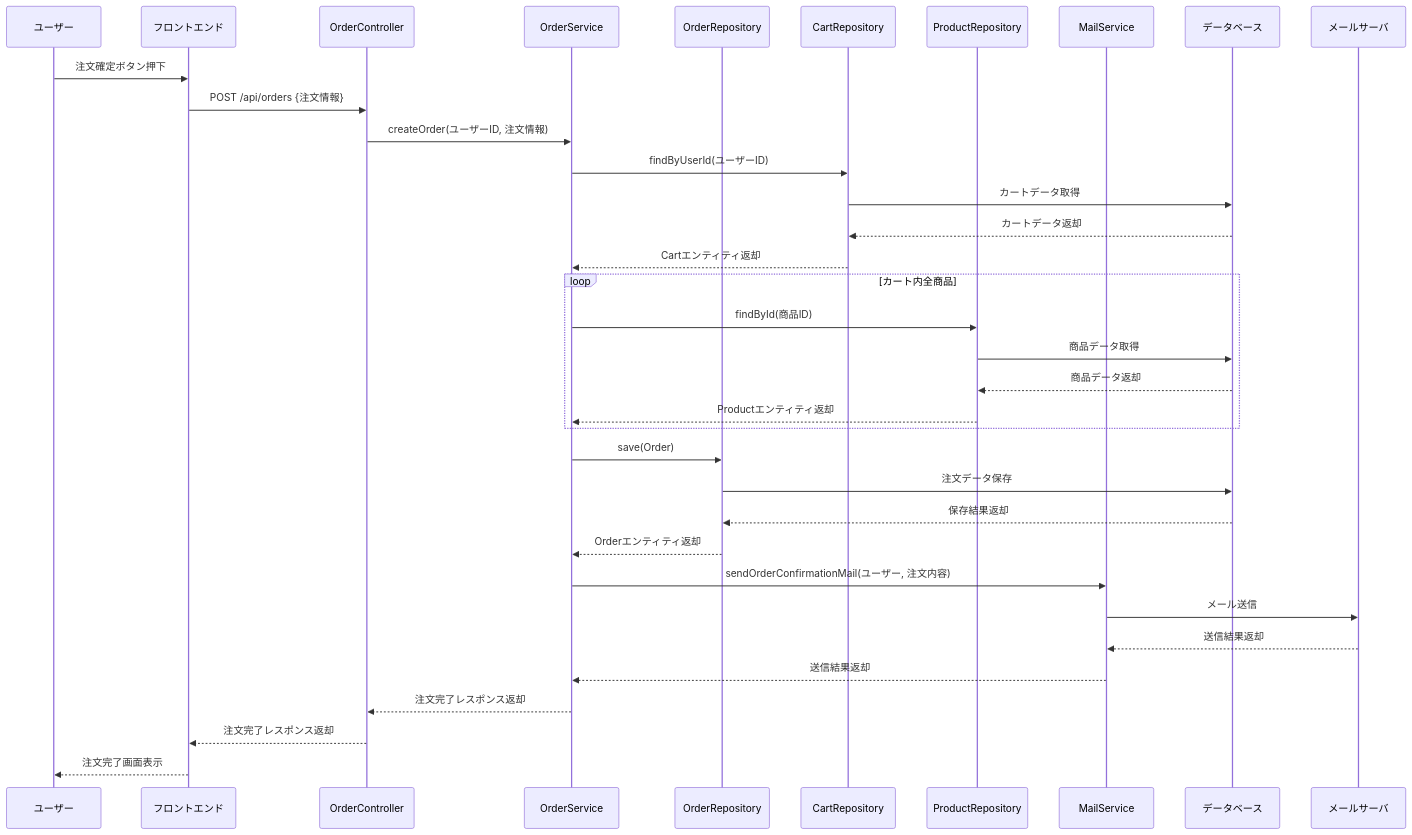
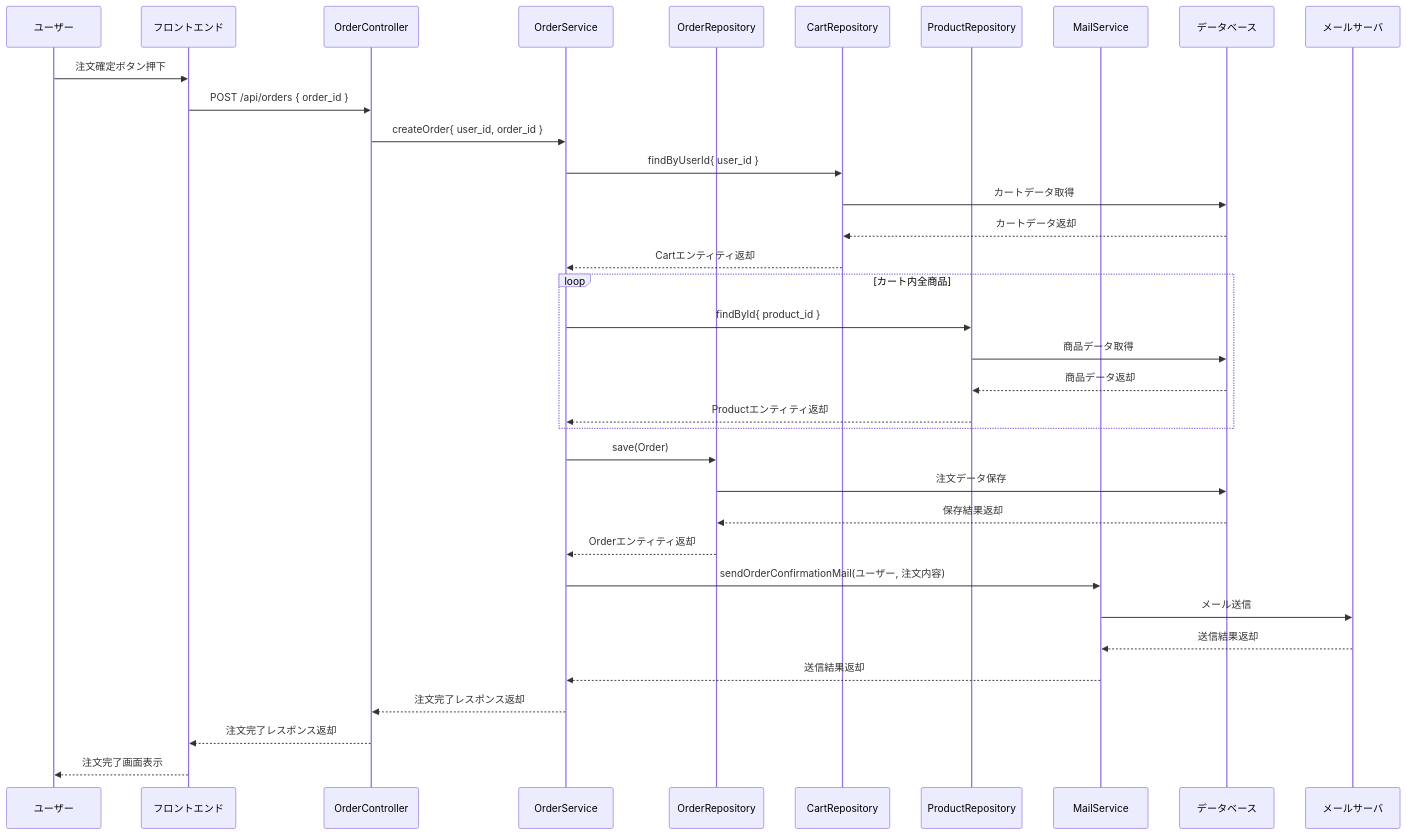
Before and after one commit to Aoi-Yaegashi/teamF: the ninth of 36 diagrams in 詳細設計/提出用/詳細設計書.md, drawn with Mermaid. The commit also changed other lines of this file, not shown here.

```diff
--- a/詳細設計/提出用/詳細設計書.md
+++ b/詳細設計/提出用/詳細設計書.md
@@ -652,38 +652,38 @@
    <div class="mermaid">
    sequenceDiagram
     participant User as ユーザー
     participant Browser as フロントエンド
     participant OrderController as OrderController
     participant OrderService as OrderService
     participant OrderRepo as OrderRepository
     participant CartRepo as CartRepository
     participant ProductRepo as ProductRepository
     participant MailService as MailService
     participant DB as データベース
     participant MailServer as メールサーバ
 
     User->>Browser: 注文確定ボタン押下
-    Browser->>OrderController: POST /api/orders {注文情報}
-    OrderController->>OrderService: createOrder(ユーザーID, 注文情報)
-    OrderService->>CartRepo: findByUserId(ユーザーID)
+    Browser->>OrderController: POST /api/orders { order_id }
+    OrderController->>OrderService: createOrder{ user_id, order_id }
+    OrderService->>CartRepo: findByUserId{ user_id }
     CartRepo->>DB: カートデータ取得
     DB-->>CartRepo: カートデータ返却
     CartRepo-->>OrderService: Cartエンティティ返却
     loop カート内全商品
-        OrderService->>ProductRepo: findById(商品ID)
+        OrderService->>ProductRepo: findById{ product_id }
         ProductRepo->>DB: 商品データ取得
         DB-->>ProductRepo: 商品データ返却
         ProductRepo-->>OrderService: Productエンティティ返却
     end
     OrderService->>OrderRepo: save(Order)
     OrderRepo->>DB: 注文データ保存
     DB-->>OrderRepo: 保存結果返却
     OrderRepo-->>OrderService: Orderエンティティ返却
     OrderService->>MailService: sendOrderConfirmationMail(ユーザー, 注文内容)
     MailService->>MailServer: メール送信
     MailServer-->>MailService: 送信結果返却
     MailService-->>OrderService: 送信結果返却
     OrderService-->>OrderController: 注文完了レスポンス返却
     OrderController-->>Browser: 注文完了レスポンス返却
     Browser-->>User: 注文完了画面表示
 </div>
```
